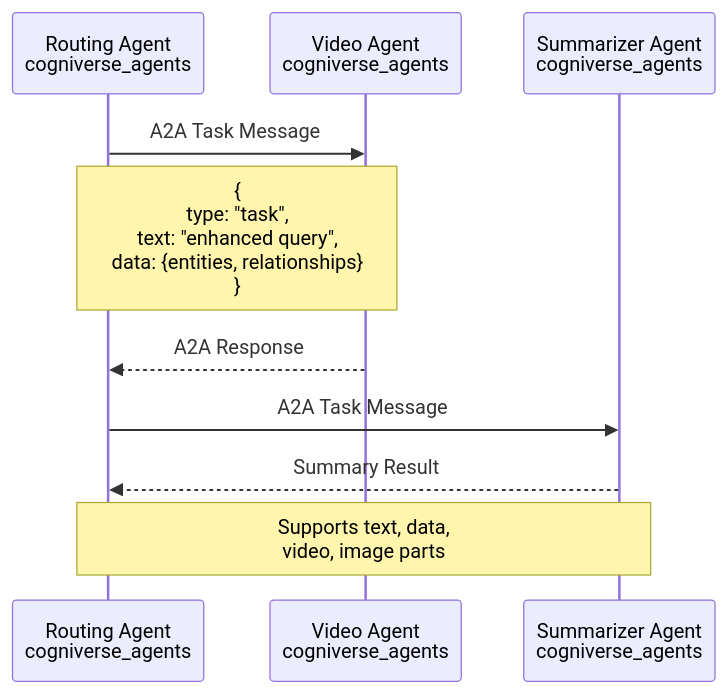
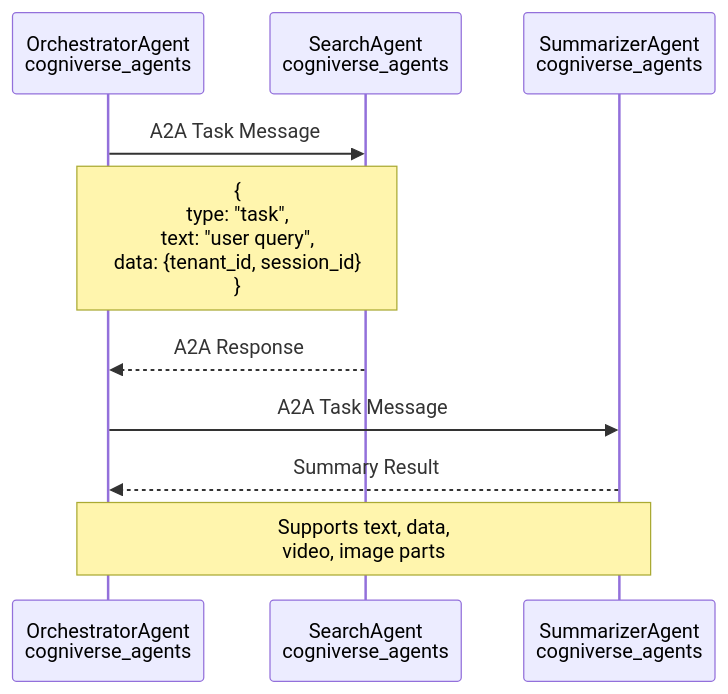
The sixth of 6 diagrams in docs/architecture/overview.md (amit-jain/cogniverse), drawn with Mermaid before and after one commit. The commit also changed other lines of this file and 137 other files, not shown here.

First line of the commit message:
Refactor agents to tenant-agnostic startup with per-request tenant routing

````diff
--- a/docs/architecture/overview.md
+++ b/docs/architecture/overview.md
@@ -514,15 +512,15 @@
 ```mermaid
 sequenceDiagram
-    participant Routing as Routing Agent<br/>cogniverse_agents
-    participant Video as Video Agent<br/>cogniverse_agents
-    participant Summ as Summarizer Agent<br/>cogniverse_agents
+    participant Orch as OrchestratorAgent<br/>cogniverse_agents
+    participant Search as SearchAgent<br/>cogniverse_agents
+    participant Summ as SummarizerAgent<br/>cogniverse_agents
 
-    Routing->>Video: A2A Task Message
-    Note over Routing,Video: {<br/> type: "task",<br/> text: "enhanced query",<br/> data: {entities, relationships}<br/>}
-    Video-->>Routing: A2A Response
+    Orch->>Search: A2A Task Message
+    Note over Orch,Search: {<br/> type: "task",<br/> text: "user query",<br/> data: {tenant_id, session_id}<br/>}
+    Search-->>Orch: A2A Response
 
-    Routing->>Summ: A2A Task Message
-    Summ-->>Routing: Summary Result
+    Orch->>Summ: A2A Task Message
+    Summ-->>Orch: Summary Result
 
-    Note over Routing,Summ: Supports text, data,<br/>video, image parts
+    Note over Orch,Summ: Supports text, data,<br/>video, image parts
 ```
````
